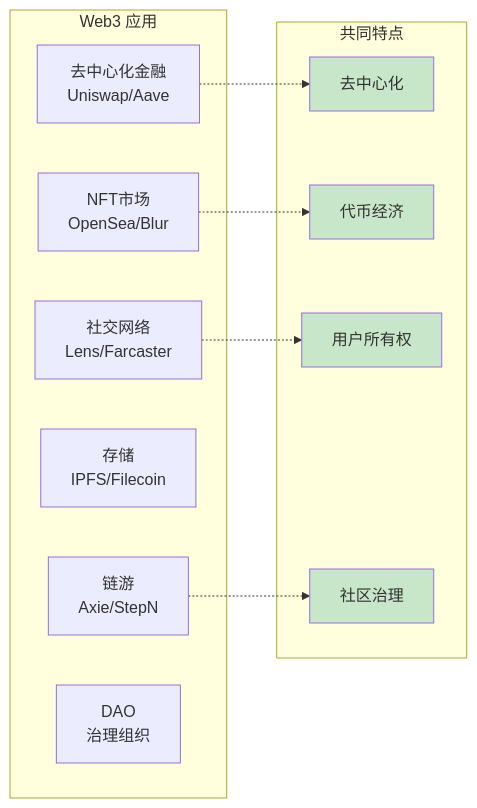
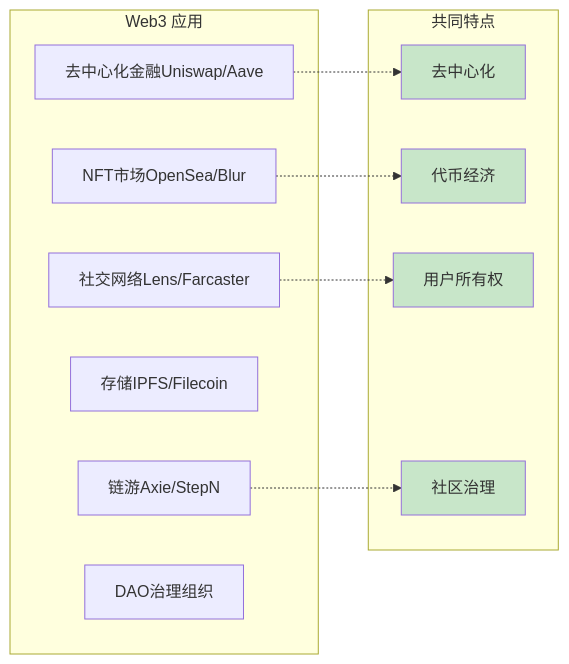
Diagram 17 of 29 in src/content/posts/web3/web2-vs-web3.md (liuxing95/blog), drawn with Mermaid before and after one commit. The commit also changed other lines of this file and 3 other files, not shown here.

````diff
--- a/src/content/posts/web3/web2-vs-web3.md
+++ b/src/content/posts/web3/web2-vs-web3.md
@@ -841,28 +816,28 @@
 ```mermaid
 graph LR
     subgraph "Web3 应用"
-        DeFi[去中心化金融<br/>Uniswap/Aave]
-        NFT[NFT市场<br/>OpenSea/Blur]
-        Social3[社交网络<br/>Lens/Farcaster]
-        Storage[存储<br/>IPFS/Filecoin]
-        Gaming[链游<br/>Axie/StepN]
-        DAO[DAO<br/>治理组织]
+        DeFi[去中心化金融Uniswap/Aave]
+        NFT[NFT市场OpenSea/Blur]
+        Social3[社交网络Lens/Farcaster]
+        Storage[存储IPFS/Filecoin]
+        Gaming[链游Axie/StepN]
+        DAO[DAO治理组织]
     end
 
     subgraph "共同特点"
         Decentral[去中心化]
         Token[代币经济]
         Ownership[用户所有权]
         Community[社区治理]
     end
 
     DeFi -.-> Decentral
     NFT -.-> Token
     Social3 -.-> Ownership
     Gaming -.-> Community
 
     style Decentral fill:#c8e6c9
     style Token fill:#c8e6c9
     style Ownership fill:#c8e6c9
     style Community fill:#c8e6c9
 ```
````
